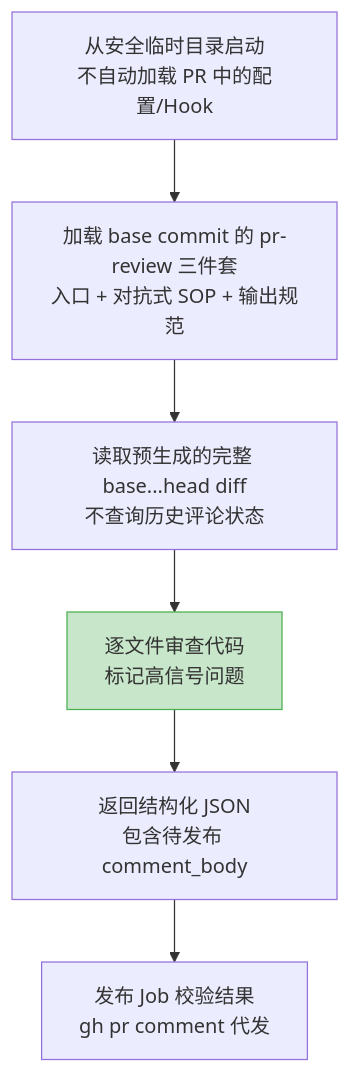
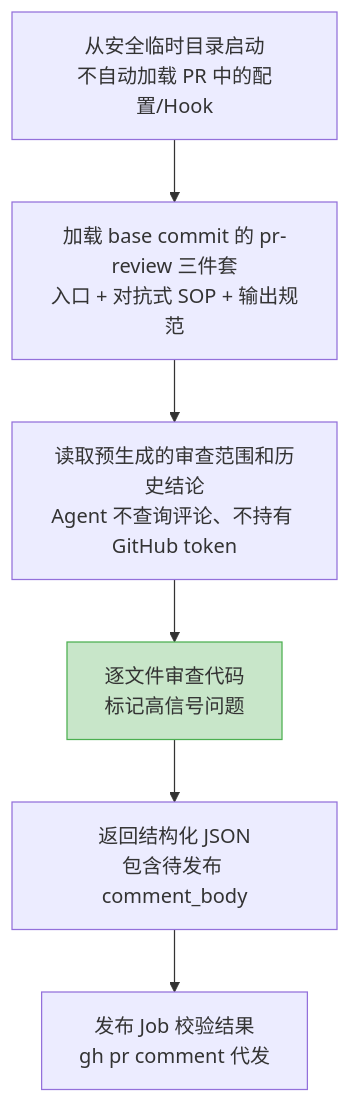
The fifth of 13 diagrams in docs/code-review-design.md (Lightspeed-Intelligence/agentic-workflow-template), drawn with Mermaid before and after one commit. The commit also changed other lines of this file and 9 other files, not shown here.

````diff
--- a/docs/code-review-design.md
+++ b/docs/code-review-design.md
@@ -146,14 +146,14 @@
 ```mermaid
 flowchart TD
     start["从安全临时目录启动<br/>不自动加载 PR 中的配置/Hook"]
     load["加载 base commit 的 pr-review 三件套<br/>入口 + 对抗式 SOP + 输出规范"]
-    full["读取预生成的完整 base...head diff<br/>不查询历史评论状态"]
+    full["读取预生成的审查范围和历史结论<br/>Agent 不查询评论、不持有 GitHub token"]
     review["逐文件审查代码<br/>标记高信号问题"]
     json["返回结构化 JSON<br/>包含待发布 comment_body"]
     publish["发布 Job 校验结果<br/>gh pr comment 代发"]
 
     start --> load --> full --> review
     review --> json --> publish
 
     style review fill:#c8e6c9,stroke:#4CAF50
 ```
````
